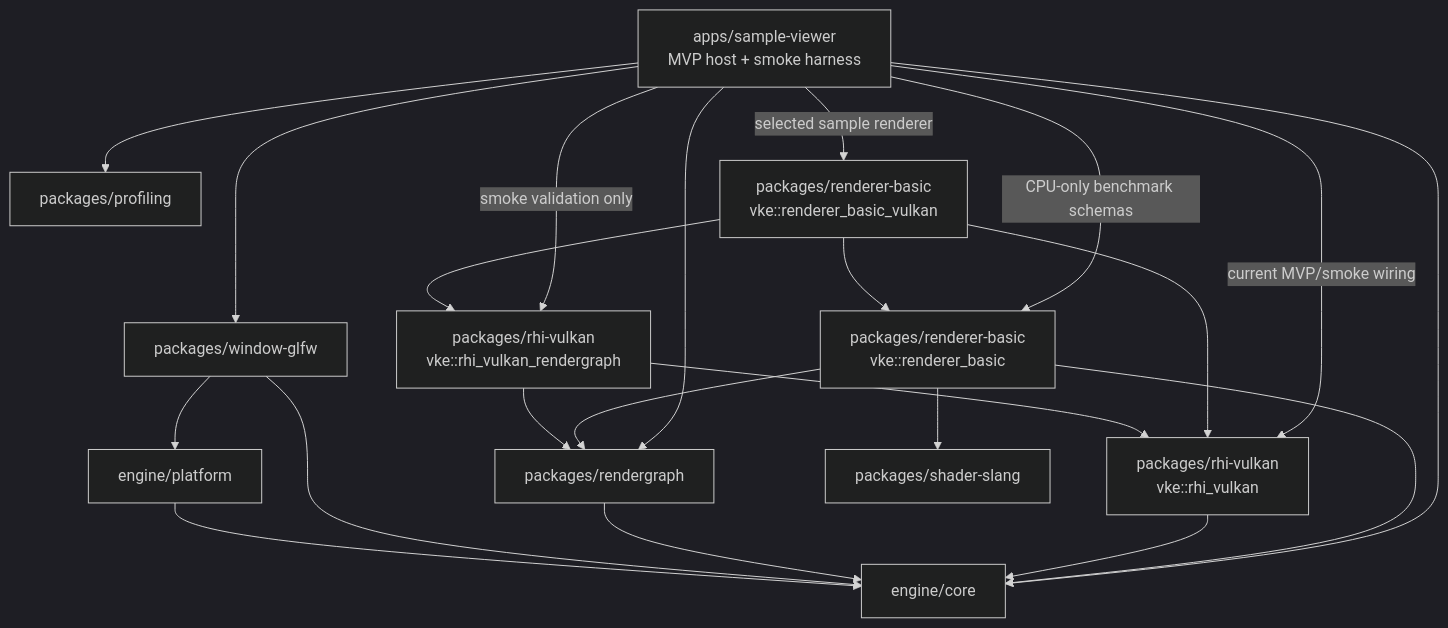
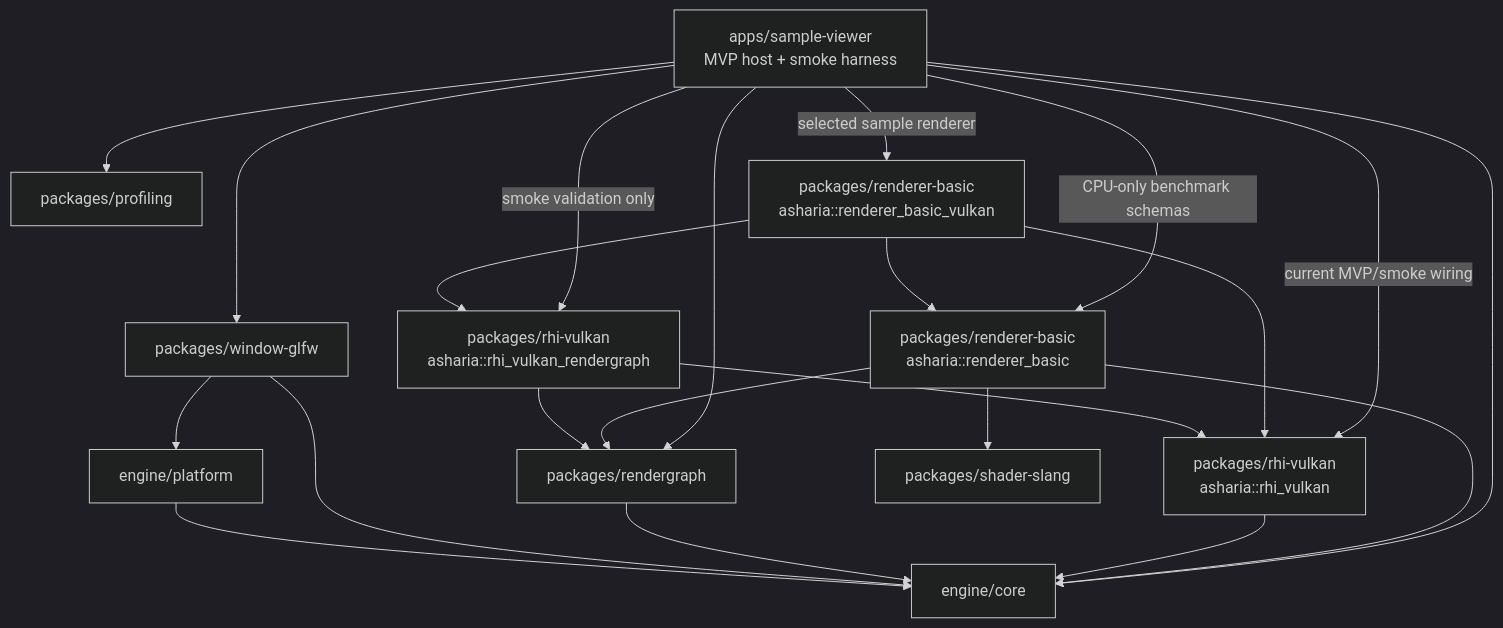
The first of 14 diagrams in docs/flow-architecture.md (66six11/Engine), drawn with Mermaid (dark theme) before and after one commit. The commit also changed other lines of this file and 158 other files, not shown here.

````diff
--- a/docs/flow-architecture.md
+++ b/docs/flow-architecture.md
@@ -13,36 +13,36 @@
 ```mermaid
 flowchart TD
     App["apps/sample-viewer<br/>MVP host + smoke harness"]
     Core["engine/core"]
     Platform["engine/platform"]
     Window["packages/window-glfw"]
     Profiling["packages/profiling"]
     RG["packages/rendergraph"]
-    RhiVk["packages/rhi-vulkan<br/>vke::rhi_vulkan"]
-    RhiVkRG["packages/rhi-vulkan<br/>vke::rhi_vulkan_rendergraph"]
-    Renderer["packages/renderer-basic<br/>vke::renderer_basic"]
-    RendererVk["packages/renderer-basic<br/>vke::renderer_basic_vulkan"]
+    RhiVk["packages/rhi-vulkan<br/>asharia::rhi_vulkan"]
+    RhiVkRG["packages/rhi-vulkan<br/>asharia::rhi_vulkan_rendergraph"]
+    Renderer["packages/renderer-basic<br/>asharia::renderer_basic"]
+    RendererVk["packages/renderer-basic<br/>asharia::renderer_basic_vulkan"]
     Shader["packages/shader-slang"]
 
     Platform --> Core
     Window --> Core
     Window --> Platform
     RG --> Core
     RhiVk --> Core
     RhiVkRG --> RhiVk
     RhiVkRG --> RG
     Renderer --> Core
     Renderer --> RG
     Renderer --> Shader
     RendererVk --> Renderer
     RendererVk --> RhiVk
     RendererVk --> RhiVkRG
     App --> Core
     App --> Profiling
     App --> Window
     App --> RG
     App -->|current MVP/smoke wiring| RhiVk
     App -->|smoke validation only| RhiVkRG
     App -->|CPU-only benchmark schemas| Renderer
     App -->|selected sample renderer| RendererVk
 ```
````
